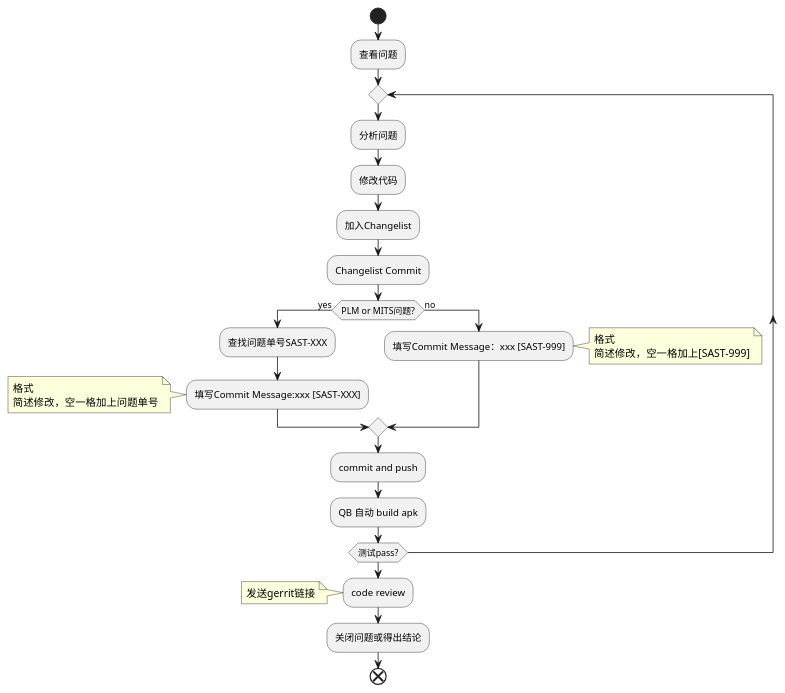
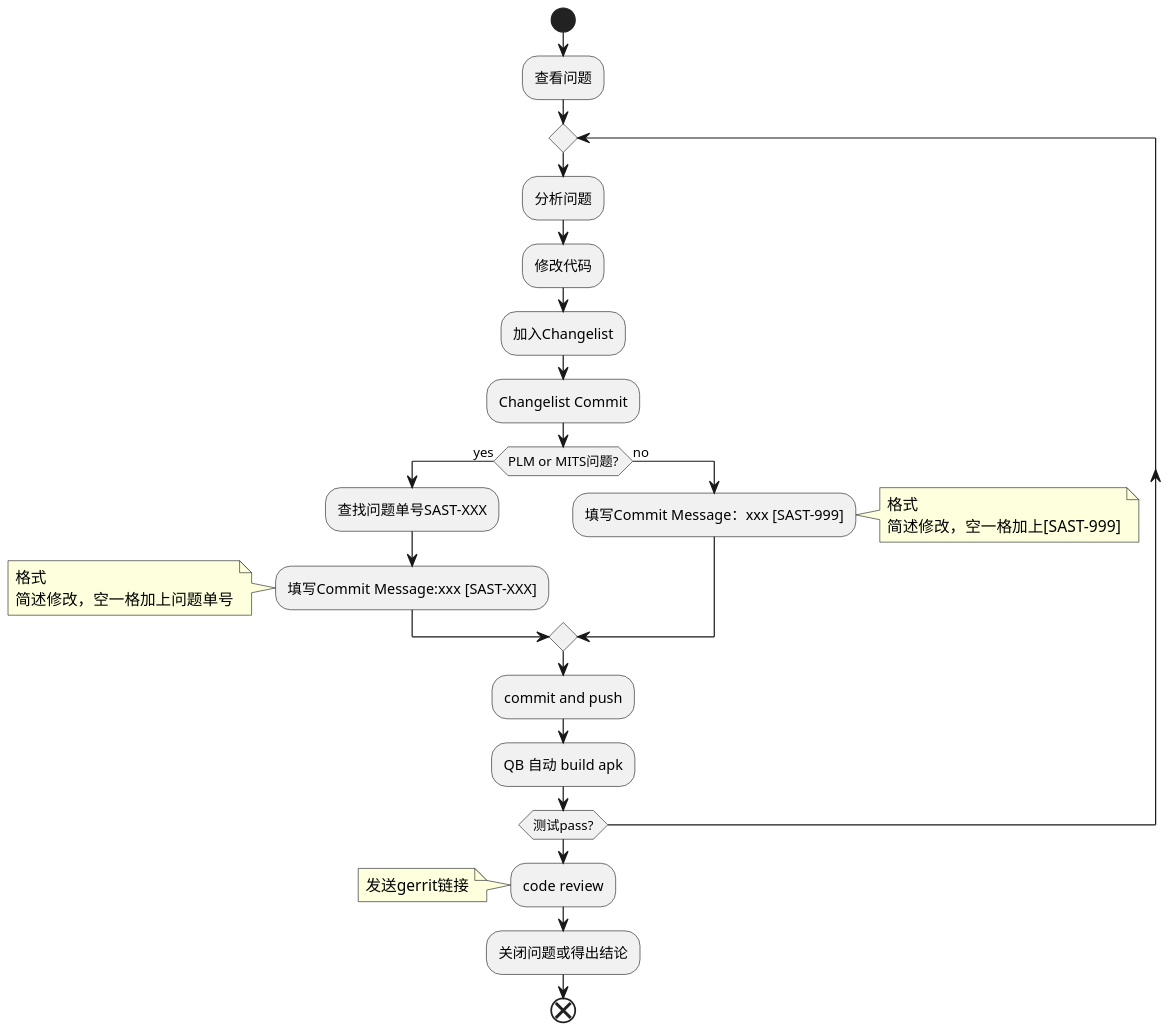
Before and after one commit to Mingyueyixi/UmlDog: the diagram in src/test.puml, drawn with PlantUML. The commit also changed 3 other files, not shown here.

```diff
--- a/src/test.puml
+++ b/src/test.puml
@@ -1,32 +1,33 @@
 @startuml
+scale 1.5
 start
 :查看问题;
 repeat
 :分析问题;
 :修改代码;
 :加入Changelist;
 :Changelist Commit;
 if(PLM or MITS问题?) then (yes)
 :查找问题单号SAST-XXX;
 :填写Commit Message:xxx [SAST-XXX];
 note left
 格式
 简述修改，空一格加上问题单号
 end note
 else(no)
 :填写Commit Message：xxx [SAST-999];
 note right
 格式
 简述修改，空一格加上[SAST-999]
 end note
 endif
 :commit and push;
 :QB 自动 build apk;
 repeat while (测试pass?)
 :code review;
 note left
 发送gerrit链接
 end note
 :关闭问题或得出结论;
 end
 @enduml
```
